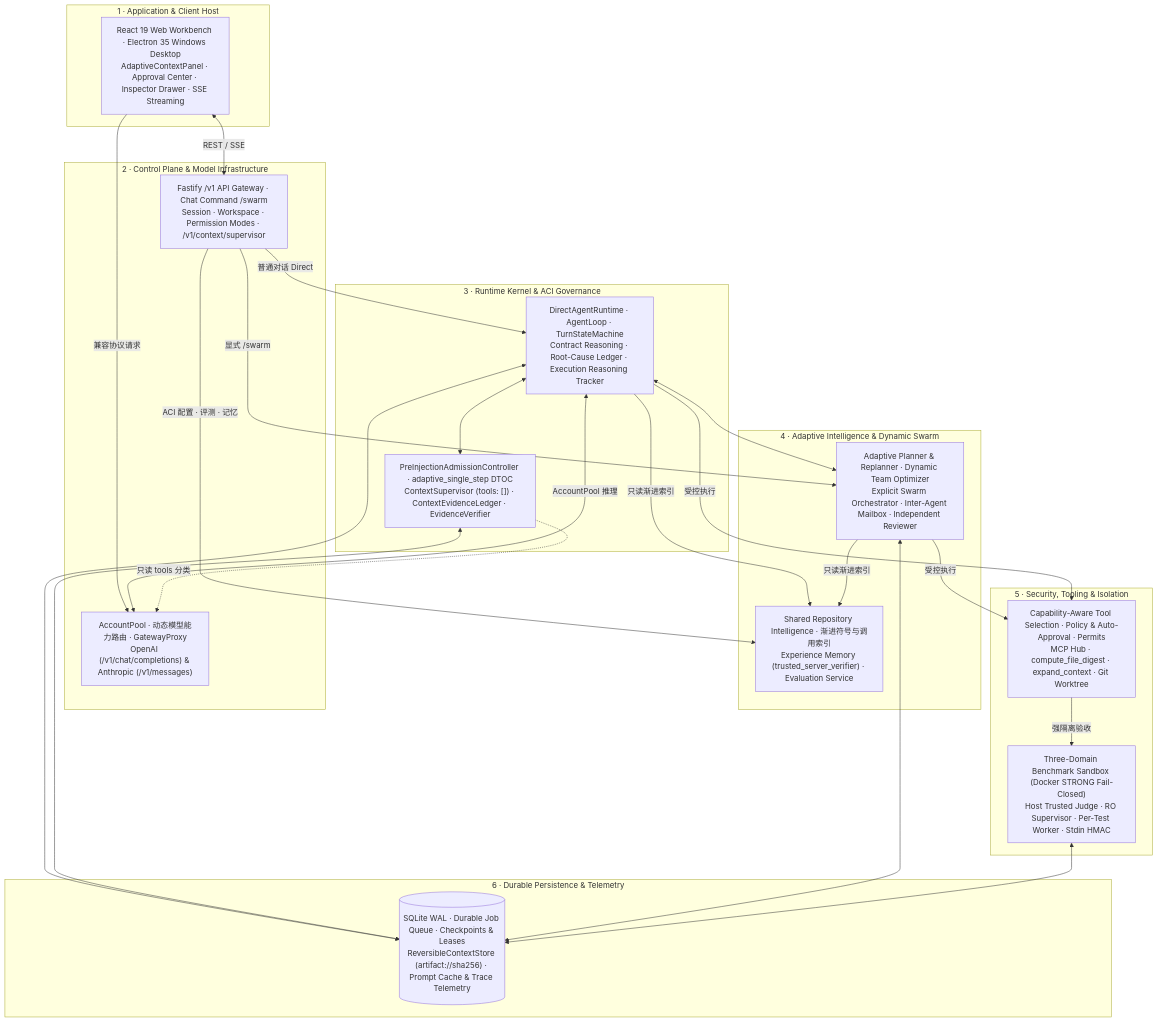
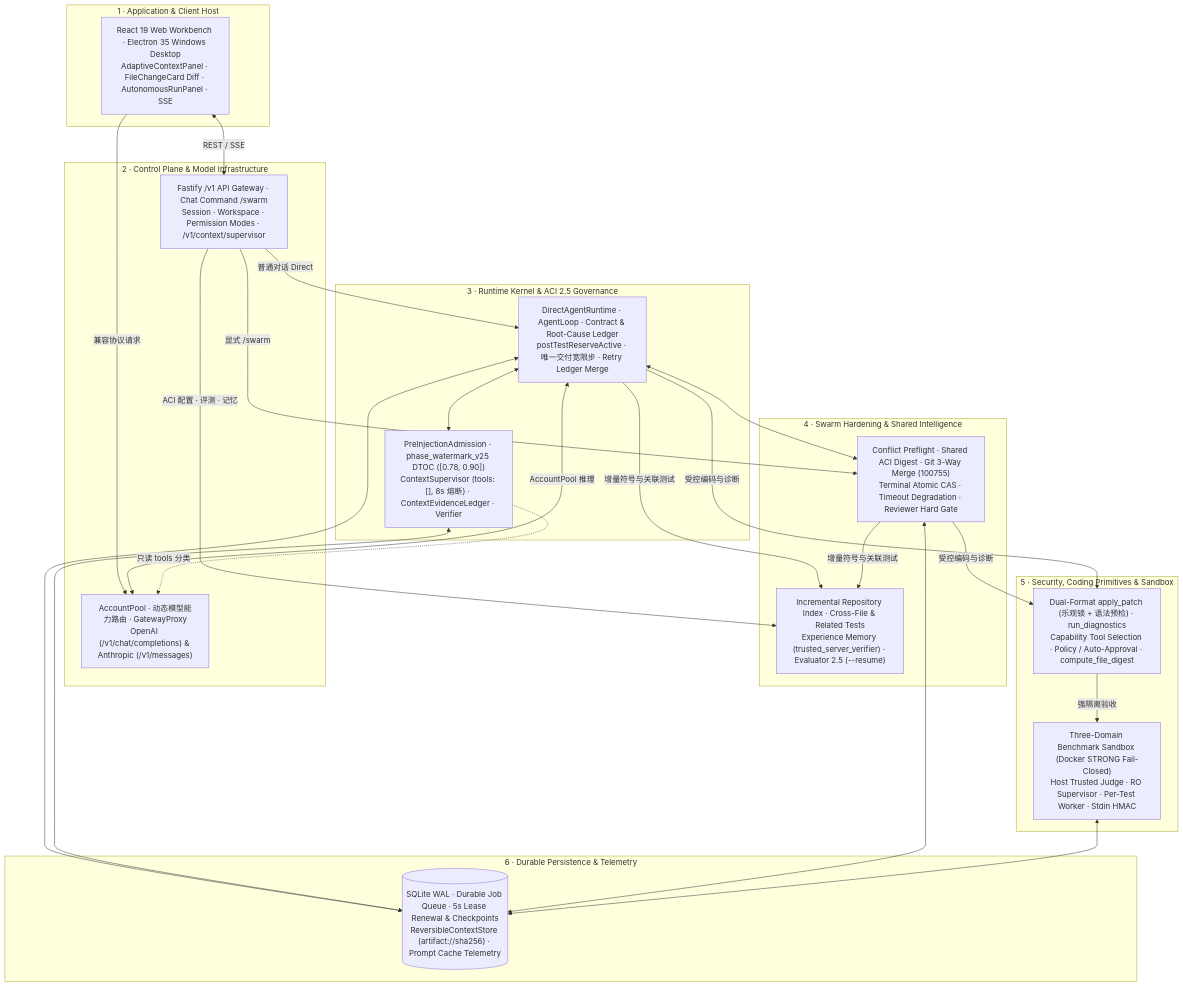
One commit to Eternite-0/Agent_US changed the second of 2 diagrams in README.md. Above: the diagram before and after it, drawn with Mermaid. The commit also changed other lines of this file, not shown here.

Commit message:
docs: update README with Agent_US 2.5 capabilities and verified empirical results

````diff
--- a/README.md
+++ b/README.md
@@ -116,44 +121,44 @@
 ```mermaid
 flowchart TB
     subgraph L1["1 · Application & Client Host"]
-        CLIENT["React 19 Web Workbench · Electron 35 Windows Desktop\nAdaptiveContextPanel · Approval Center · Inspector Drawer · SSE Streaming"]
+        CLIENT["React 19 Web Workbench · Electron 35 Windows Desktop\nAdaptiveContextPanel · FileChangeCard Diff · AutonomousRunPanel · SSE"]
     end
 
     subgraph L2["2 · Control Plane & Model Infrastructure"]
         API["Fastify /v1 API Gateway · Chat Command /swarm\nSession · Workspace · Permission Modes · /v1/context/supervisor"]
         POOL["AccountPool · 动态模型能力路由 · GatewayProxy\nOpenAI (/v1/chat/completions) & Anthropic (/v1/messages)"]
     end
 
-    subgraph L3["3 · Runtime Kernel & ACI Governance"]
-        KERNEL["DirectAgentRuntime · AgentLoop · TurnStateMachine\nContract Reasoning · Root-Cause Ledger · Execution Reasoning Tracker"]
-        ACI["PreInjectionAdmissionController · adaptive_single_step DTOC\nContextSupervisor (tools: []) · ContextEvidenceLedger · EvidenceVerifier"]
+    subgraph L3["3 · Runtime Kernel & ACI 2.5 Governance"]
+        KERNEL["DirectAgentRuntime · AgentLoop · Contract & Root-Cause Ledger\npostTestReserveActive · 唯一交付宽限步 · Retry Ledger Merge"]
+        ACI["PreInjectionAdmission · phase_watermark_v25 DTOC ([0.78, 0.90])\nContextSupervisor (tools: [], 8s 熔断) · ContextEvidenceLedger · Verifier"]
     end
 
-    subgraph L4["4 · Adaptive Intelligence & Dynamic Swarm"]
-        SWARM["Adaptive Planner & Replanner · Dynamic Team Optimizer\nExplicit Swarm Orchestrator · Inter-Agent Mailbox · Independent Reviewer"]
-        SHARED["Shared Repository Intelligence · 渐进符号与调用索引\nExperience Memory (trusted_server_verifier) · Evaluation Service"]
+    subgraph L4["4 · Swarm Hardening & Shared Intelligence"]
+        SWARM["Conflict Preflight · Shared ACI Digest · Git 3-Way Merge (100755)\nTerminal Atomic CAS · Timeout Degradation · Reviewer Hard Gate"]
+        SHARED["Incremental Repository Index · Cross-File & Related Tests\nExperience Memory (trusted_server_verifier) · Evaluator 2.5 (--resume)"]
     end
 
-    subgraph L5["5 · Security, Tooling & Isolation"]
-        TOOLING["Capability-Aware Tool Selection · Policy & Auto-Approval · Permits\nMCP Hub · compute_file_digest · expand_context · Git Worktree"]
+    subgraph L5["5 · Security, Coding Primitives & Sandbox"]
+        TOOLING["Dual-Format apply_patch (乐观锁 + 语法预检) · run_diagnostics\nCapability Tool Selection · Policy / Auto-Approval · compute_file_digest"]
         SANDBOX["Three-Domain Benchmark Sandbox (Docker STRONG Fail-Closed)\nHost Trusted Judge · RO Supervisor · Per-Test Worker · Stdin HMAC"]
     end
 
     subgraph L6["6 · Durable Persistence & Telemetry"]
-        STORE[("SQLite WAL · Durable Job Queue · Checkpoints & Leases\nReversibleContextStore (artifact://sha256) · Prompt Cache & Trace Telemetry")]
+        STORE[("SQLite WAL · Durable Job Queue · 5s Lease Renewal & Checkpoints\nReversibleContextStore (artifact://sha256) · Prompt Cache Telemetry")]
     end
 
     CLIENT <-->|"REST / SSE"| API
     CLIENT -->|"兼容协议请求"| POOL
     API -->|"普通对话 Direct"| KERNEL
     API -->|"显式 /swarm"| SWARM
     API -->|"ACI 配置 · 评测 · 记忆"| SHARED
     KERNEL <--> ACI
     KERNEL <-->|"AccountPool 推理"| POOL
     ACI -.->|"只读 tools 分类"| POOL
     KERNEL <--> SWARM
-    KERNEL & SWARM -->|"只读渐进索引"| SHARED
-    KERNEL & SWARM -->|"受控执行"| TOOLING
+    KERNEL & SWARM -->|"增量符号与关联测试"| SHARED
+    KERNEL & SWARM -->|"受控编码与诊断"| TOOLING
     TOOLING -->|"强隔离验收"| SANDBOX
     KERNEL & ACI & SWARM & SANDBOX <--> STORE
 ```
````
